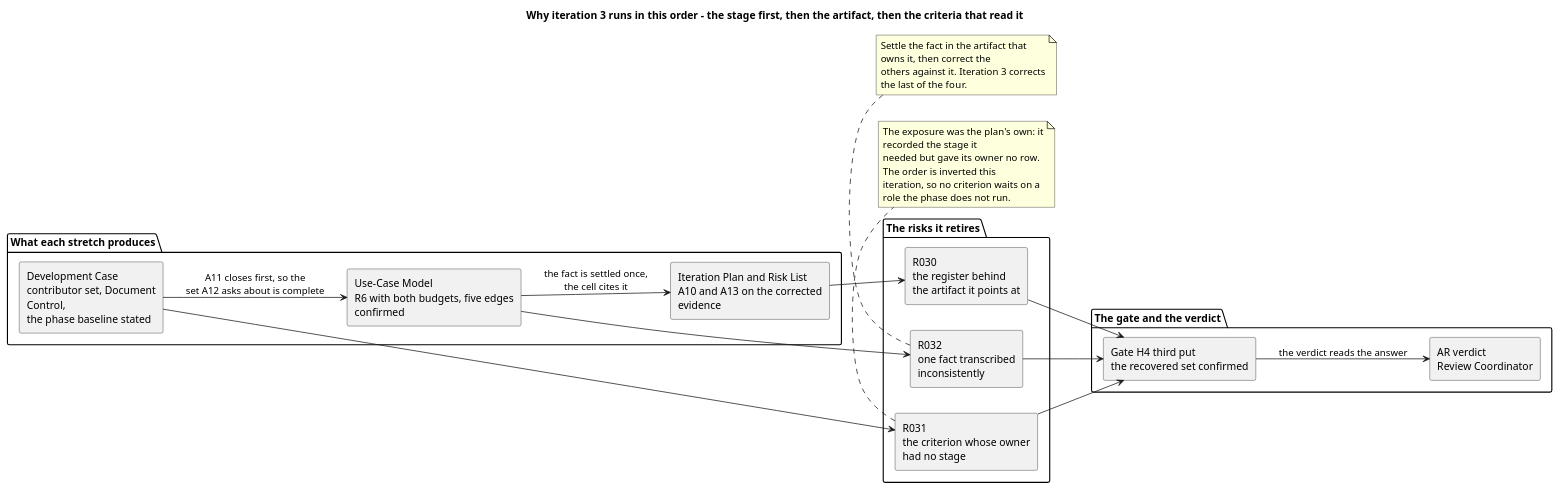
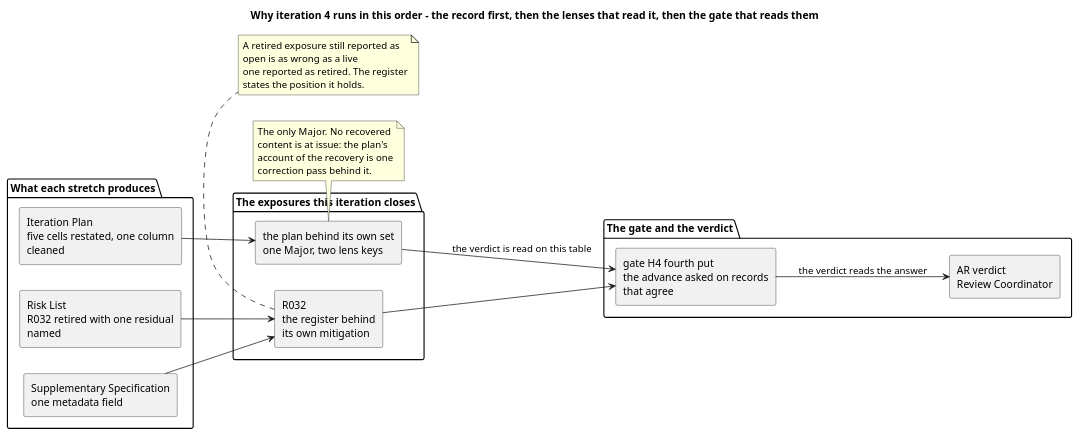
One commit to banense-test/TodoApp changed the fourth of 6 diagrams in docs/artifacts/project-management/iteration-plan.md. Above: the diagram before and after it, drawn with PlantUML. The commit also changed other lines of this file, not shown here.

First line of the commit message:
Project Manager [Excavation3]: upsert Iteration Plan

````diff
--- a/docs/artifacts/project-management/iteration-plan.md
+++ b/docs/artifacts/project-management/iteration-plan.md
@@ -209,47 +208,41 @@
 ```plantuml
 @startuml
-title Why iteration 3 runs in this order - the stage first, then the artifact, then the criteria that read it
+title Why iteration 4 runs in this order - the record first, then the lenses that read it, then the gate that reads them
 skinparam shadowing false
 skinparam componentStyle rectangle
 skinparam wrapWidth 225
 left to right direction
 
 package "What each stretch produces" {
-  component "Development Case\ncontributor set, Document Control,\nthe phase baseline stated" as DC
-  component "Use-Case Model\nR6 with both budgets, five edges confirmed" as UC
-  component "Iteration Plan and Risk List\nA10 and A13 on the corrected evidence" as PLAN
+  component "Iteration Plan\nfive cells restated, one column cleaned" as PLAN
+  component "Risk List\nR032 retired with one residual named" as RL
+  component "Supplementary Specification\none metadata field" as SS
 }
 
-package "The risks it retires" {
-  component "R031\nthe criterion whose owner\nhad no stage" as R31
-  component "R032\none fact transcribed\ninconsistently" as R32
-  component "R030\nthe register behind\nthe artifact it points at" as R30
+package "The exposures this iteration closes" {
+  component "the plan behind its own set\none Major, two lens keys" as MAJ
+  component "R032\nthe register behind\nits own mitigation" as R32
 }
 
 package "The gate and the verdict" {
-  component "Gate H4 third put\nthe recovered set confirmed" as H4
+  component "gate H4 fourth put\nthe advance asked on records that agree" as H4
   component "AR verdict\nReview Coordinator" as ARV
 }
 
-DC --> UC : A11 closes first, so the\nset A12 asks about is complete
-UC --> PLAN : the fact is settled once,\nthe cell cites it
-DC --> R31
-UC --> R32
-PLAN --> R30
-R31 --> H4
+PLAN --> MAJ
+RL --> R32
+SS --> R32
+MAJ --> H4 : the verdict is read on this table
 R32 --> H4
-R30 --> H4
 H4 --> ARV : the verdict reads the answer
 
-note bottom of R31
-  The exposure was the plan's own: it recorded the stage it
-  needed but gave its owner no row. The order is inverted this
-  iteration, so no criterion waits on a role the phase does not run.
+note bottom of MAJ
+  The only Major. No recovered content is at issue: the plan's
+  account of the recovery is one correction pass behind it.
 end note
 note bottom of R32
-  Settle the fact in the artifact that owns it, then correct the
-  others against it. Iteration 3 corrects the last of the four.
+  A retired exposure still reported as open is as wrong as a live
+  one reported as retired. The register states the position it holds.
 end note
-
 @enduml
 ```
````
